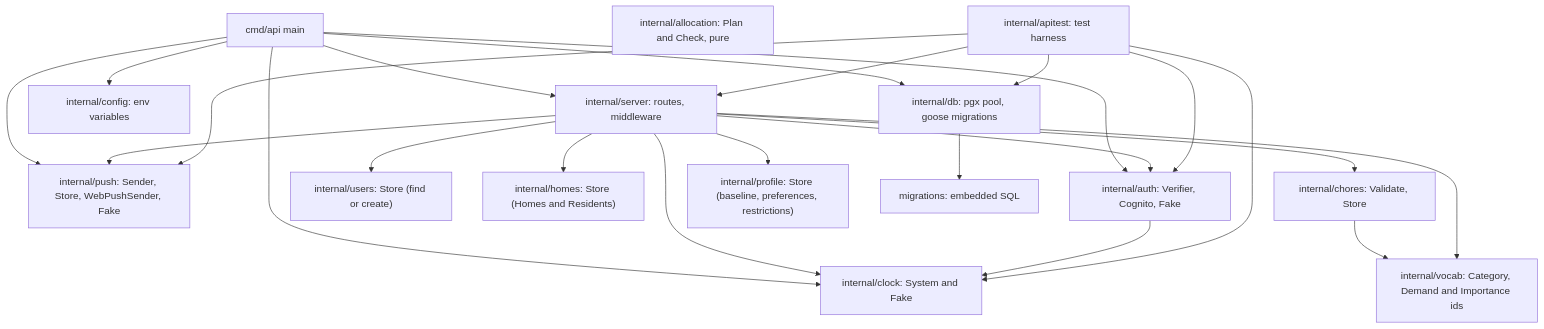
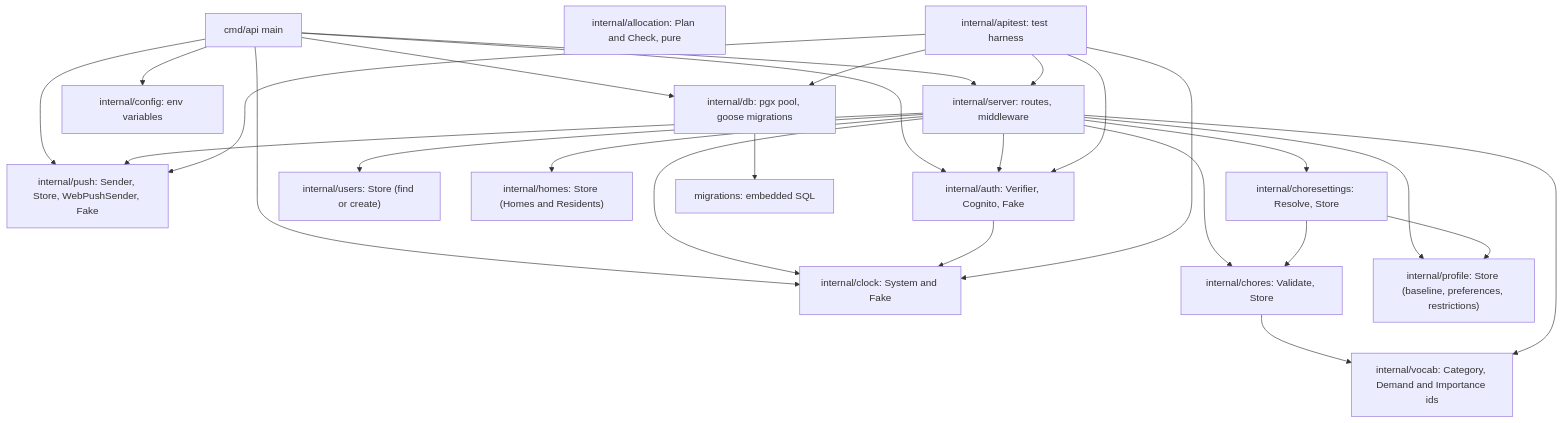
Before and after one commit to AbnerWillclefy/Homeowner: the first of 3 diagrams in docs/architecture/backend.md, drawn with Mermaid. The commit also changed other lines of this file and 1 other file, not shown here.

Commit message:
docs(architecture): describe the chore settings tables, package and routes

````diff
--- a/docs/architecture/backend.md
+++ b/docs/architecture/backend.md
@@ -16,41 +16,45 @@
 ```mermaid
 flowchart TD
     main["cmd/api main"]
     server["internal/server: routes, middleware"]
     config["internal/config: env variables"]
     db["internal/db: pgx pool, goose migrations"]
     clock["internal/clock: System and Fake"]
     push["internal/push: Sender, Store, WebPushSender, Fake"]
     auth["internal/auth: Verifier, Cognito, Fake"]
     users["internal/users: Store (find or create)"]
     homes["internal/homes: Store (Homes and Residents)"]
     chores["internal/chores: Validate, Store"]
     profile["internal/profile: Store (baseline, preferences, restrictions)"]
+    choresettings["internal/choresettings: Resolve, Store"]
     vocab["internal/vocab: Category, Demand and Importance ids"]
     mig["migrations: embedded SQL"]
     alloc["internal/allocation: Plan and Check, pure"]
     apitest["internal/apitest: test harness"]
 
     main --> config
     main --> db
     main --> server
     main --> clock
     main --> push
     main --> auth
     server --> clock
     server --> push
     server --> auth
     server --> users
     server --> homes
     server --> profile
     server --> chores
+    server --> choresettings
+    choresettings --> chores
+    choresettings --> profile
     chores --> vocab
     server --> vocab
     auth --> clock
     apitest --> push
     apitest --> auth
     db --> mig
     apitest --> server
     apitest --> db
     apitest --> clock
 ```
````
